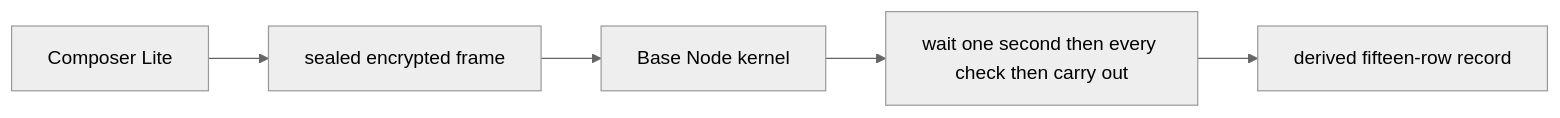
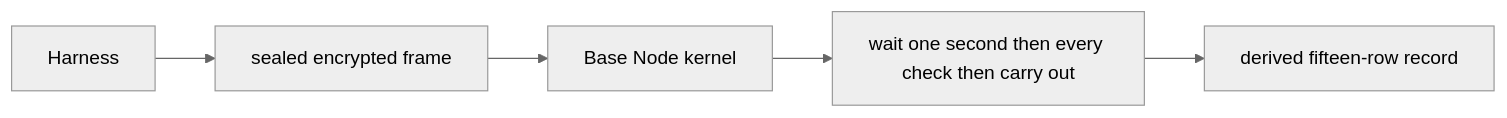
Before and after one commit to thePM001/AEP-agent-element-protocol: the second of 4 diagrams in README.md, drawn with Mermaid (neutral theme). The commit also changed other lines of this file and 177 other files, not shown here.

````diff
--- a/README.md
+++ b/README.md
@@ -390,12 +390,12 @@
 ```mermaid
 flowchart LR
-  UI[Composer Lite]
+  UI[Harness]
   LT[sealed encrypted frame]
   BN[Base Node kernel]
   EVAL[wait one second then every check then carry out]
   LEDGER[derived fifteen-row record]
   UI --> LT
   LT --> BN
   BN --> EVAL
   EVAL --> LEDGER
 ```
````
